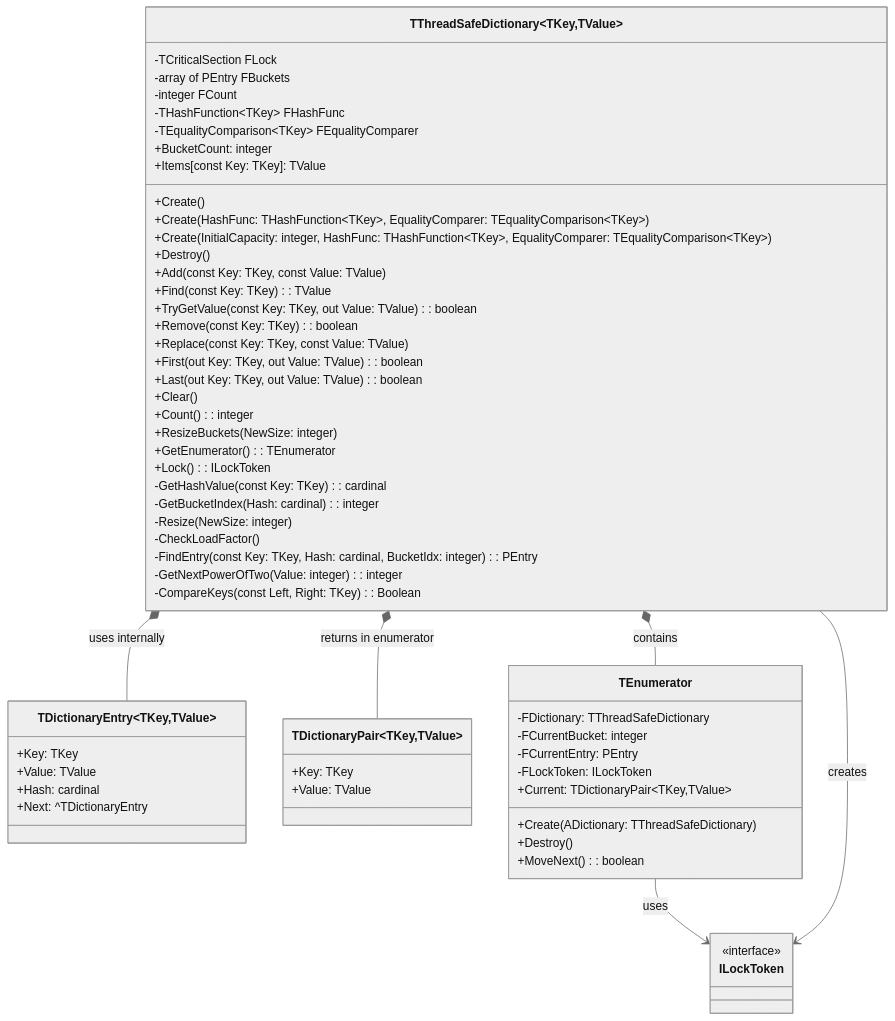
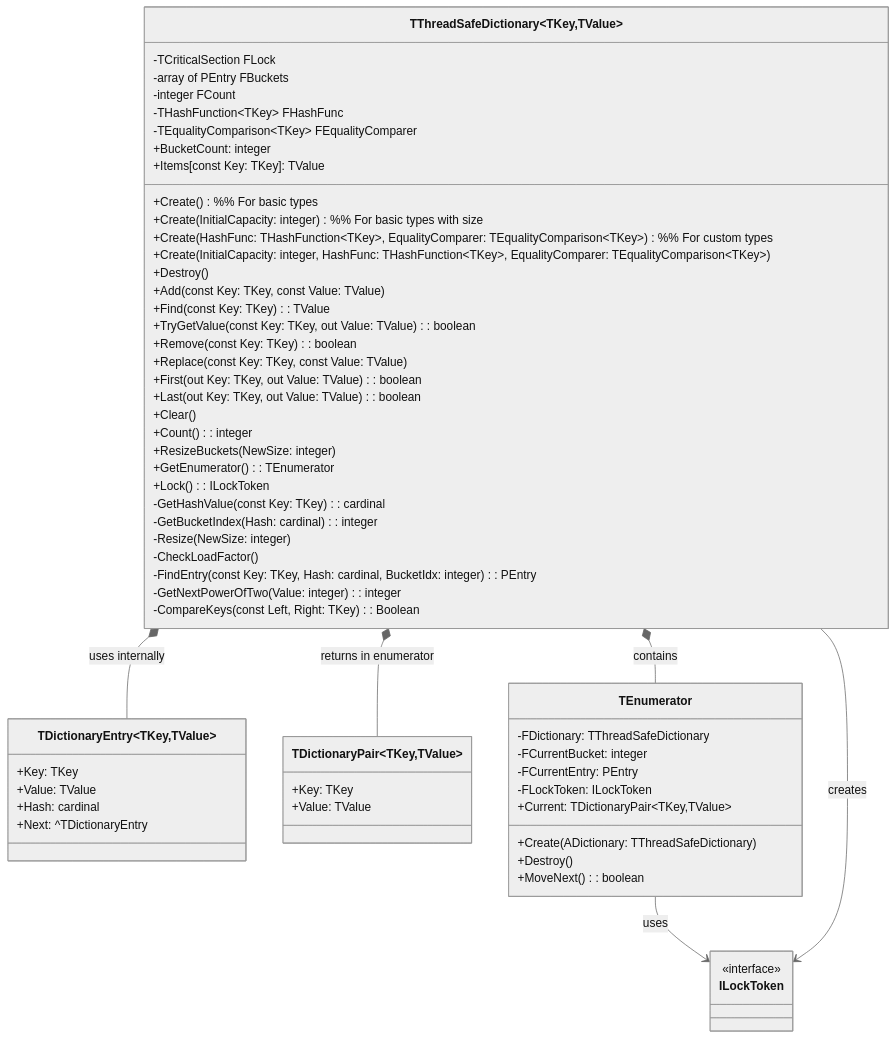
Before and after one commit to ikelaiah/threadsafecollections-fp: the diagram in docs/ThreadSafeCollections.Dictionary.md, drawn with Mermaid (neutral theme). The commit also changed other lines of this file and 2 other files, not shown here.

````diff
--- a/docs/ThreadSafeCollections.Dictionary.md
+++ b/docs/ThreadSafeCollections.Dictionary.md
@@ -126,68 +137,69 @@
 ```mermaid
 classDiagram
     class TThreadSafeDictionary~TKey,TValue~ {
         -TCriticalSection FLock
         -array of PEntry FBuckets
         -integer FCount
         -THashFunction~TKey~ FHashFunc
         -TEqualityComparison~TKey~ FEqualityComparer
-        +Create()
-        +Create(HashFunc: THashFunction~TKey~, EqualityComparer: TEqualityComparison~TKey~)
+        +Create()                                                      %% For basic types
+        +Create(InitialCapacity: integer)                             %% For basic types with size
+        +Create(HashFunc: THashFunction~TKey~, EqualityComparer: TEqualityComparison~TKey~)  %% For custom types
         +Create(InitialCapacity: integer, HashFunc: THashFunction~TKey~, EqualityComparer: TEqualityComparison~TKey~)
         +Destroy()
         +Add(const Key: TKey, const Value: TValue)
         +Find(const Key: TKey): TValue
         +TryGetValue(const Key: TKey, out Value: TValue): boolean
         +Remove(const Key: TKey): boolean
         +Replace(const Key: TKey, const Value: TValue)
         +First(out Key: TKey, out Value: TValue): boolean
         +Last(out Key: TKey, out Value: TValue): boolean
         +Clear()
         +Count(): integer
         +ResizeBuckets(NewSize: integer)
         +BucketCount: integer
         +Items[const Key: TKey]: TValue
         +GetEnumerator(): TEnumerator
         +Lock(): ILockToken
         -GetHashValue(const Key: TKey): cardinal
         -GetBucketIndex(Hash: cardinal): integer
         -Resize(NewSize: integer)
         -CheckLoadFactor()
         -FindEntry(const Key: TKey, Hash: cardinal, BucketIdx: integer): PEntry
         -GetNextPowerOfTwo(Value: integer): integer
         -CompareKeys(const Left, Right: TKey): Boolean
     }
     
     class TDictionaryEntry~TKey,TValue~ {
         +Key: TKey
         +Value: TValue
         +Hash: cardinal
         +Next: ^TDictionaryEntry
     }
 
     class TDictionaryPair~TKey,TValue~ {
         +Key: TKey
         +Value: TValue
     }
     
     class TEnumerator {
         -FDictionary: TThreadSafeDictionary
         -FCurrentBucket: integer
         -FCurrentEntry: PEntry
         -FLockToken: ILockToken
         +Create(ADictionary: TThreadSafeDictionary)
         +Destroy()
         +MoveNext(): boolean
         +Current: TDictionaryPair~TKey,TValue~
     }
 
     class ILockToken {
         <<interface>>
     }
 
     TThreadSafeDictionary *-- TEnumerator : contains
     TThreadSafeDictionary *-- TDictionaryEntry : uses internally
     TThreadSafeDictionary *-- TDictionaryPair : returns in enumerator
     TEnumerator --> ILockToken : uses
     TThreadSafeDictionary --> ILockToken : creates
 ```
````
